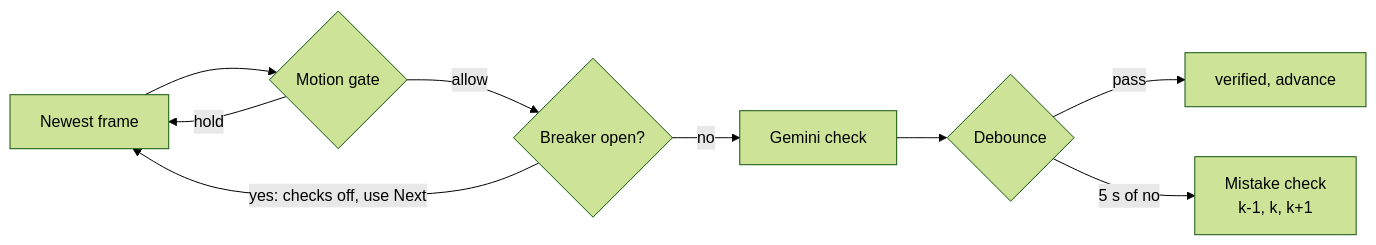
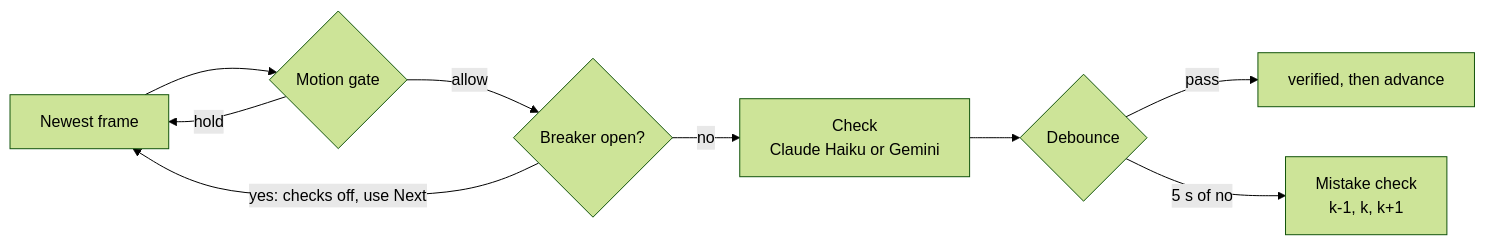
The first of 3 diagrams in server/docs/checks.md (pr4nav3/HandOver), drawn with Mermaid (forest theme) before and after one commit. The commit also changed other lines of this file and 23 other files, not shown here.

````diff
--- a/server/docs/checks.md
+++ b/server/docs/checks.md
@@ -7,11 +7,11 @@
 ```mermaid
 flowchart LR
   f["Newest frame"] --> g{"Motion gate"}
   g -->|hold| f
   g -->|allow| b{"Breaker open?"}
   b -->|yes: checks off, use Next| f
-  b -->|no| c["Gemini check"]
+  b -->|no| c["Check<br/>Claude Haiku or Gemini"]
   c --> d{"Debounce"}
-  d -->|pass| v["verified, advance"]
+  d -->|pass| v["verified, then advance"]
   d -->|"5 s of no"| m["Mistake check<br/>k-1, k, k+1"]
 ```
````
